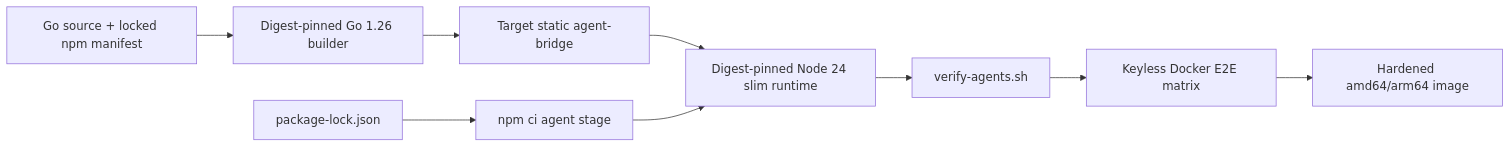
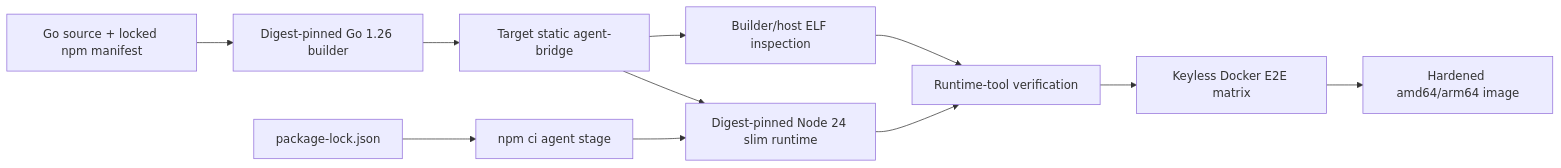
One commit to viethoangcr/agent-bridge changed the diagram in docs/plans/20260823-06-runtime-image-e2e.md. Above: the diagram before and after it, drawn with Mermaid. The commit also changed other lines of this file and 6 other files, not shown here.

````diff
--- a/docs/plans/20260823-06-runtime-image-e2e.md
+++ b/docs/plans/20260823-06-runtime-image-e2e.md
@@ -52,11 +56,13 @@
 ```mermaid
 flowchart LR
     Source[Go source + locked npm manifest] --> Builder[Digest-pinned Go 1.26 builder]
     Builder --> Binary[Target static agent-bridge]
     Lock[package-lock.json] --> NPM[npm ci agent stage]
     Binary --> Runtime[Digest-pinned Node 24 slim runtime]
     NPM --> Runtime
-    Runtime --> Verify[verify-agents.sh]
+    Runtime --> Verify[Runtime-tool verification]
+    Binary --> Static[Builder/host ELF inspection]
+    Static --> Verify
     Verify --> E2E[Keyless Docker E2E matrix]
     E2E --> Release[Hardened amd64/arm64 image]
 ```
````
